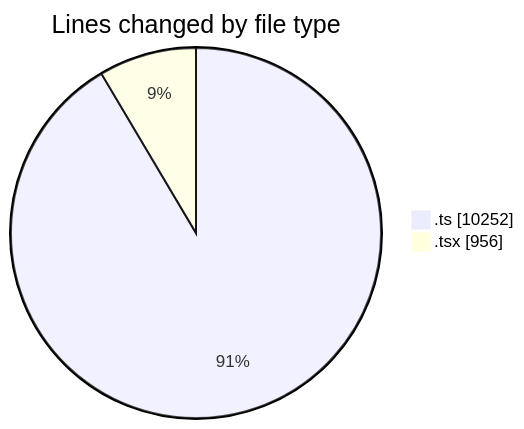
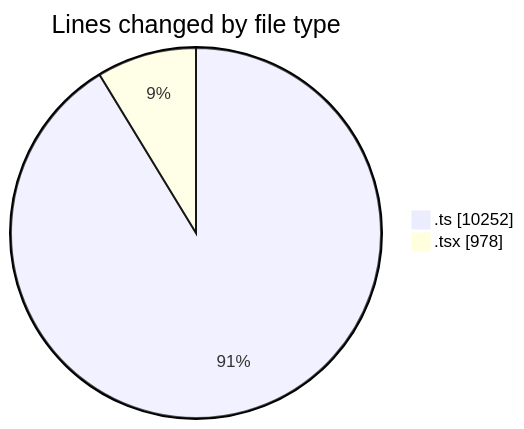
One commit to momahboobian/code-tracking changed the first of 2 diagrams in 2025-06-23/cda/README.md. Above: the diagram before and after it, drawn with Mermaid. The commit also changed other lines of this file and 1 other file, not shown here.

Commit message:
Type: refactor Scope: cda/README.md Brief Summary: Update file size and active time statistics for HelperGlossary.tsx. Modified functions: updateFileStats Files changed: 2025-06-23/cda/README.md, 2025-06-23/activity.json Activity duration: X minutes

````diff
--- a/2025-06-23/cda/README.md
+++ b/2025-06-23/cda/README.md
@@ -26,6 +26,6 @@
 ```mermaid
 pie showData
 title Lines changed by file type
 ".ts" : 10252
-".tsx" : 956
+".tsx" : 978
 ```
````
